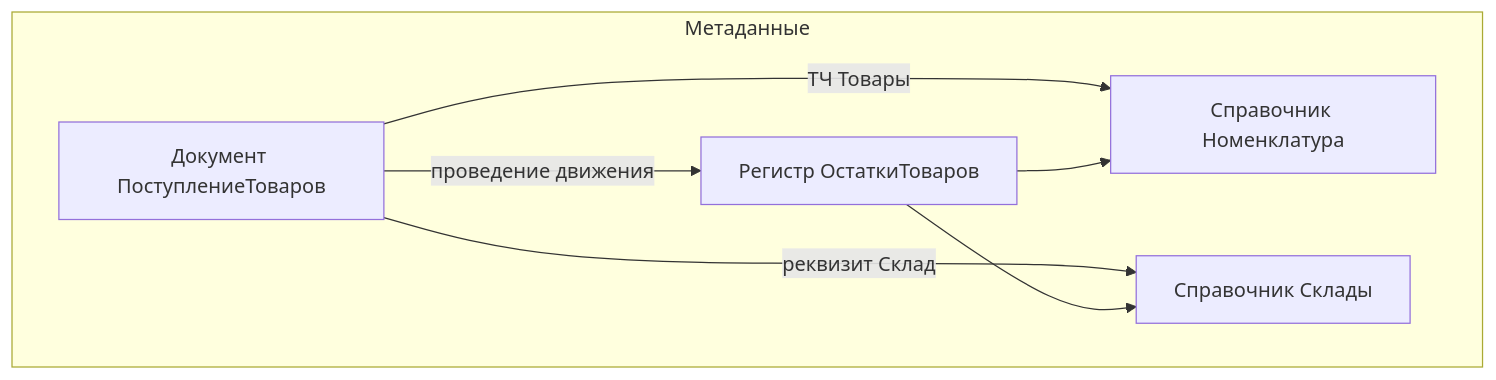
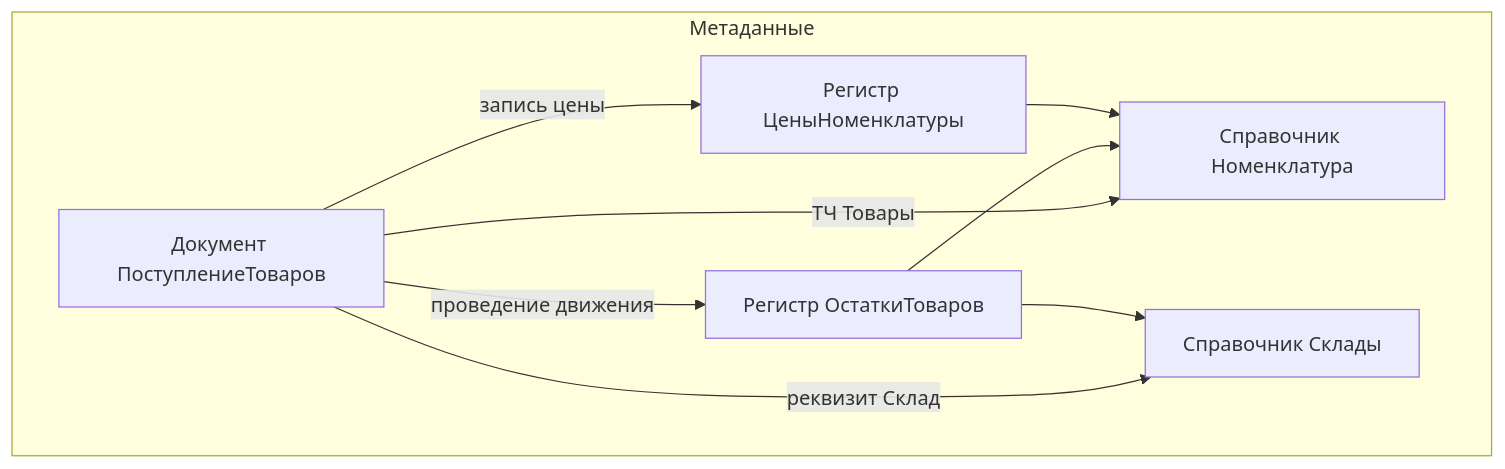
Before and after one commit to Spirzen/it-knowledge-base: the diagram in docs/encyclopedia/5-languages/5-27-1s/1121.md, drawn with Mermaid. The commit also changed other lines of this file and 182 other files, not shown here.

````diff
--- a/docs/encyclopedia/5-languages/5-27-1s/1121.md
+++ b/docs/encyclopedia/5-languages/5-27-1s/1121.md
@@ -226,14 +418,17 @@
 ```mermaid
 flowchart TB
   subgraph meta [Метаданные]
     N[Справочник Номенклатура]
     S[Справочник Склады]
     D[Документ ПоступлениеТоваров]
     R[Регистр ОстаткиТоваров]
+    P[Регистр ЦеныНоменклатуры]
   end
   D -->|ТЧ Товары| N
   D -->|реквизит Склад| S
   D -->|проведение движения| R
+  D -->|запись цены| P
   R --> N
   R --> S
+  P --> N
 ```
````
